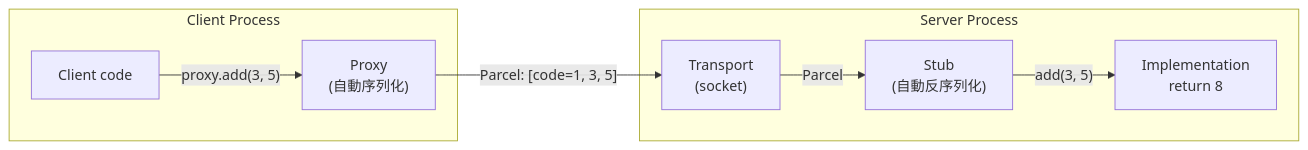
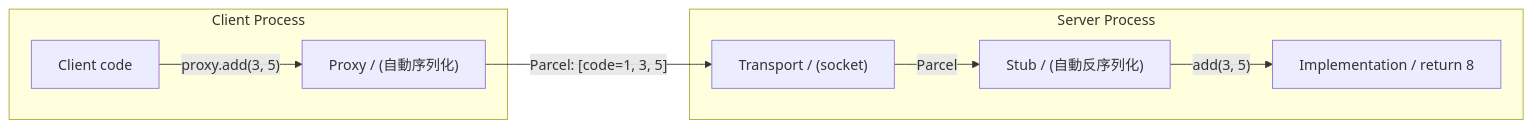
Before and after one commit to Owen771/mini-AOSP: the tenth of 26 diagrams in docs/learning-guide.md, drawn with Mermaid. The commit also changed other lines of this file and 34 other files, not shown here.

````diff
--- a/docs/learning-guide.md
+++ b/docs/learning-guide.md
@@ -888,13 +914,13 @@
 ```mermaid
 graph LR
-    subgraph "Client Process"
-        C[Client code] -->|"proxy.add(3, 5)"| P["Proxy<br/>(自動序列化)"]
-    end
+ subgraph "Client Process"
+ C[Client code] -->|"proxy.add(3, 5)"| P["Proxy / (自動序列化)"]
+ end
 
-    P -->|"Parcel: [code=1, 3, 5]"| Network["Transport<br/>(socket)"]
+ P -->|"Parcel: [code=1, 3, 5]"| Network["Transport / (socket)"]
 
-    subgraph "Server Process"
-        Network -->|"Parcel"| S["Stub<br/>(自動反序列化)"]
-        S -->|"add(3, 5)"| I["Implementation<br/>return 8"]
-    end
+ subgraph "Server Process"
+ Network -->|"Parcel"| S["Stub / (自動反序列化)"]
+ S -->|"add(3, 5)"| I["Implementation / return 8"]
+ end
 ```
````
